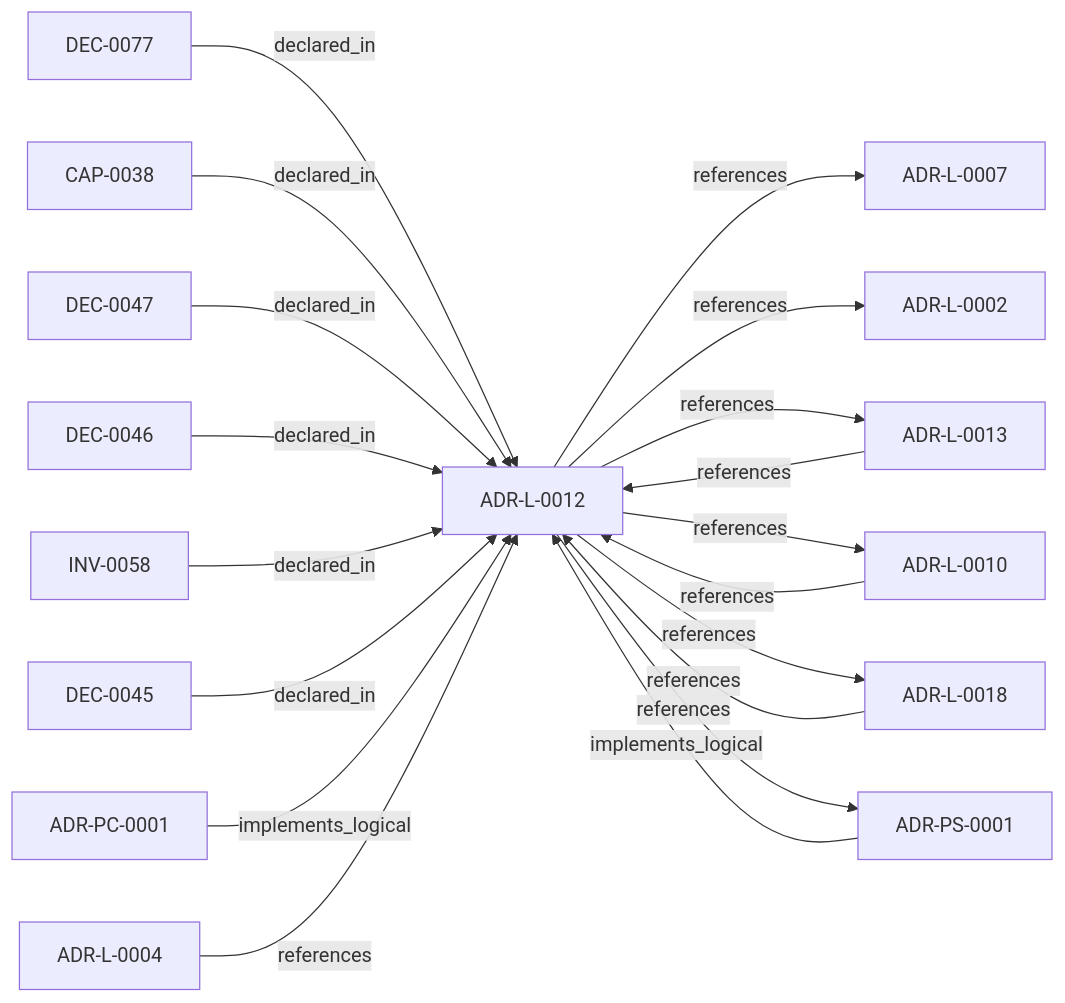
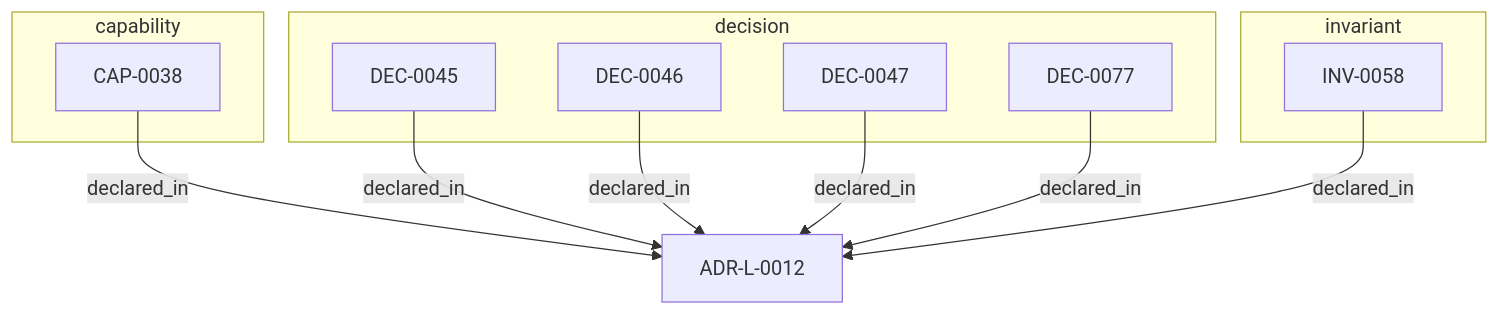
The second of 2 diagrams in adrs/adr-projection/logical/ADR-L-0012-federation-authority-and-qualified-identity-model.md (egallmann/adr-architecture-kit), drawn with Mermaid before and after one commit. The commit also changed other lines of this file and 177 other files, not shown here.

````diff
--- a/adrs/adr-projection/logical/ADR-L-0012-federation-authority-and-qualified-identity-model.md
+++ b/adrs/adr-projection/logical/ADR-L-0012-federation-authority-and-qualified-identity-model.md
@@ -45,36 +110,22 @@
 ```mermaid
-flowchart LR
-  n_019fee89_e615_7577_8d37_dd0df031bec9["ADR-L-0004"]
-  n_019fee89_e615_7b9c_8e3f_32ceeda01491["ADR-L-0007"]
-  n_019fee89_e615_7f19_810b_c7b33a9d9e0d["ADR-L-0002"]
-  n_019fee89_e616_71e0_b02f_3997db358e10["DEC-0077"]
-  n_019fee89_e616_7396_893e_af8987fa6e03["CAP-0038"]
+flowchart TB
   n_019fee89_e616_744f_b63e_5ecddf344faa["ADR-L-0012"]
-  n_019fee89_e616_7649_ba3d_86e7fab992d0["DEC-0047"]
-  n_019fee89_e616_7b5d_b53c_fa2fc2046cd5["DEC-0046"]
-  n_019fee89_e616_7c4e_953c_b7349412a784["ADR-L-0013"]
-  n_019fee89_e616_7cc5_933d_9f7823a0b2b5["INV-0058"]
-  n_019fee89_e616_7d61_8e35_f11ba2ddd75d["ADR-L-0010"]
-  n_019fee89_e616_7f9b_a12f_e0ab32e9dc16["DEC-0045"]
-  n_019fee89_e617_7270_ab2f_58a756d2530e["ADR-PC-0001"]
-  n_019fee89_e617_7f4d_811d_4862645a55c5["ADR-L-0018"]
-  n_019fee89_e618_7b3e_813b_a449881b6adb["ADR-PS-0001"]
+  subgraph sg_capability["capability"]
+    n_019fee89_e616_7396_893e_af8987fa6e03["CAP-0038"]
+  end
+  subgraph sg_decision["decision"]
+    n_019fee89_e616_7f9b_a12f_e0ab32e9dc16["DEC-0045"]
+    n_019fee89_e616_7b5d_b53c_fa2fc2046cd5["DEC-0046"]
+    n_019fee89_e616_7649_ba3d_86e7fab992d0["DEC-0047"]
+    n_019fee89_e616_71e0_b02f_3997db358e10["DEC-0077"]
+  end
+  subgraph sg_invariant["invariant"]
+    n_019fee89_e616_7cc5_933d_9f7823a0b2b5["INV-0058"]
+  end
   n_019fee89_e616_71e0_b02f_3997db358e10 -->|"declared_in"| n_019fee89_e616_744f_b63e_5ecddf344faa
   n_019fee89_e616_7396_893e_af8987fa6e03 -->|"declared_in"| n_019fee89_e616_744f_b63e_5ecddf344faa
   n_019fee89_e616_7649_ba3d_86e7fab992d0 -->|"declared_in"| n_019fee89_e616_744f_b63e_5ecddf344faa
   n_019fee89_e616_7b5d_b53c_fa2fc2046cd5 -->|"declared_in"| n_019fee89_e616_744f_b63e_5ecddf344faa
   n_019fee89_e616_7cc5_933d_9f7823a0b2b5 -->|"declared_in"| n_019fee89_e616_744f_b63e_5ecddf344faa
   n_019fee89_e616_7f9b_a12f_e0ab32e9dc16 -->|"declared_in"| n_019fee89_e616_744f_b63e_5ecddf344faa
-  n_019fee89_e617_7270_ab2f_58a756d2530e -->|"implements_logical"| n_019fee89_e616_744f_b63e_5ecddf344faa
-  n_019fee89_e618_7b3e_813b_a449881b6adb -->|"implements_logical"| n_019fee89_e616_744f_b63e_5ecddf344faa
-  n_019fee89_e615_7577_8d37_dd0df031bec9 -->|"references"| n_019fee89_e616_744f_b63e_5ecddf344faa
-  n_019fee89_e616_744f_b63e_5ecddf344faa -->|"references"| n_019fee89_e615_7b9c_8e3f_32ceeda01491
-  n_019fee89_e616_744f_b63e_5ecddf344faa -->|"references"| n_019fee89_e615_7f19_810b_c7b33a9d9e0d
-  n_019fee89_e616_744f_b63e_5ecddf344faa -->|"references"| n_019fee89_e616_7c4e_953c_b7349412a784
-  n_019fee89_e616_744f_b63e_5ecddf344faa -->|"references"| n_019fee89_e616_7d61_8e35_f11ba2ddd75d
-  n_019fee89_e616_744f_b63e_5ecddf344faa -->|"references"| n_019fee89_e617_7f4d_811d_4862645a55c5
-  n_019fee89_e616_744f_b63e_5ecddf344faa -->|"references"| n_019fee89_e618_7b3e_813b_a449881b6adb
-  n_019fee89_e616_7c4e_953c_b7349412a784 -->|"references"| n_019fee89_e616_744f_b63e_5ecddf344faa
-  n_019fee89_e616_7d61_8e35_f11ba2ddd75d -->|"references"| n_019fee89_e616_744f_b63e_5ecddf344faa
-  n_019fee89_e617_7f4d_811d_4862645a55c5 -->|"references"| n_019fee89_e616_744f_b63e_5ecddf344faa
 ```
````
